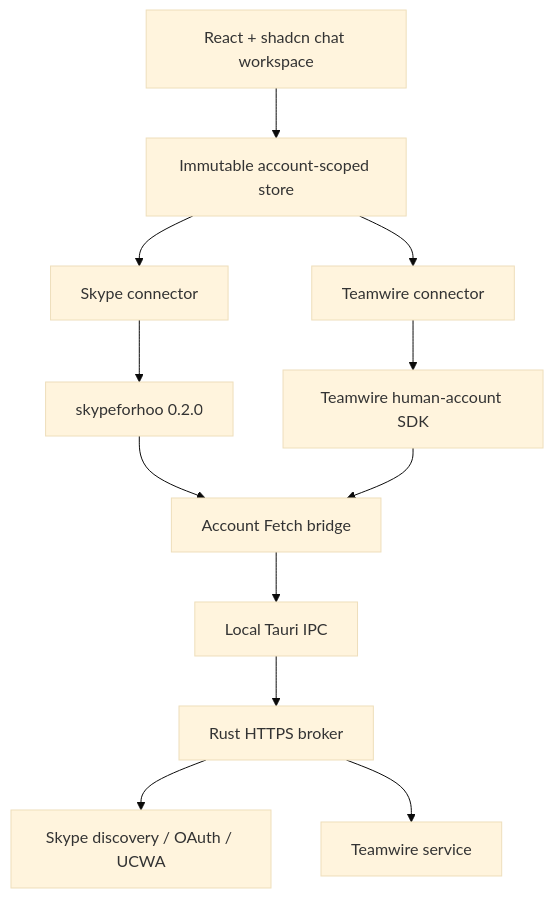
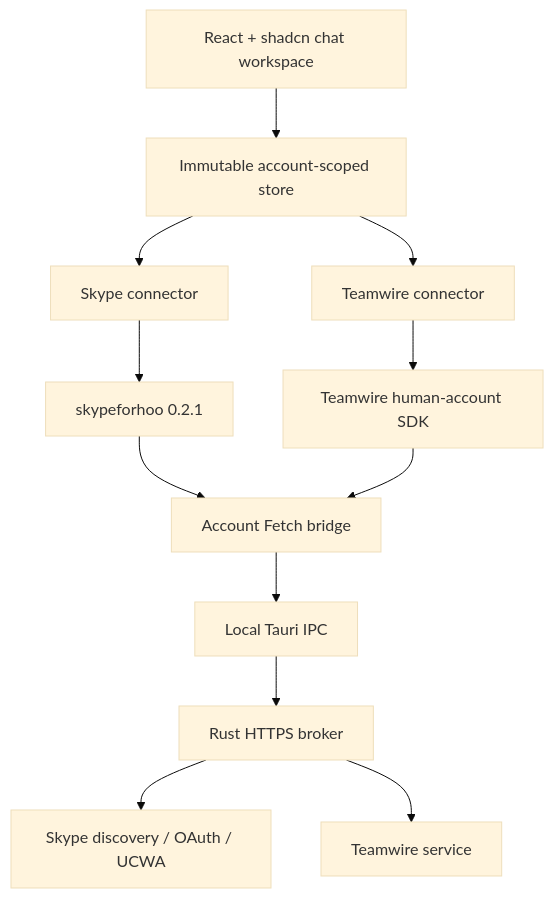
One commit to openhoo/chattahoochee changed the diagram in docs/architecture.md. Above: the diagram before and after it, drawn with Mermaid (base theme). The commit also changed 4 other files, not shown here.

````diff
--- a/docs/architecture.md
+++ b/docs/architecture.md
@@ -5,14 +5,14 @@
 ```mermaid
 flowchart TB
   UI[React + shadcn chat workspace] --> Store[Immutable account-scoped store]
   Store --> Skype[Skype connector]
   Store --> Teamwire[Teamwire connector]
-  Skype --> SfH[skypeforhoo 0.2.0]
+  Skype --> SfH[skypeforhoo 0.2.1]
   Teamwire --> TwSDK[Teamwire human-account SDK]
   SfH --> Fetch[Account Fetch bridge]
   TwSDK --> Fetch
   Fetch --> IPC[Local Tauri IPC]
   IPC --> Native[Rust HTTPS broker]
   Native --> SFB[Skype discovery / OAuth / UCWA]
   Native --> TW[Teamwire service]
 ```
````
